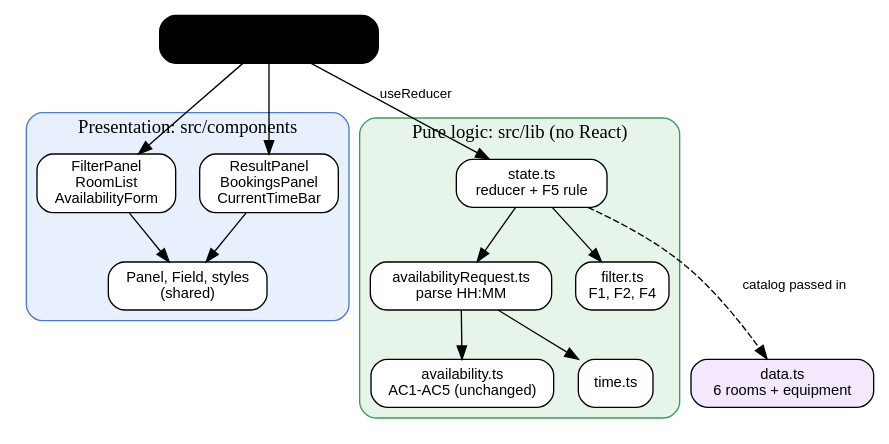
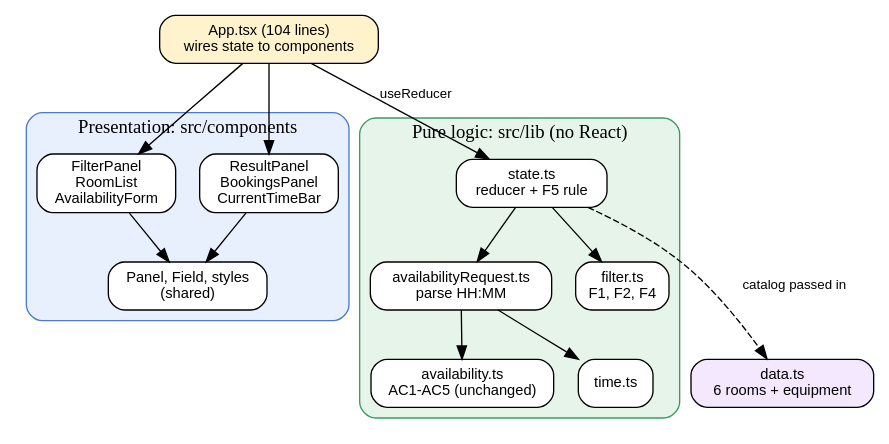
One commit to AbdrakhmanYeskendir/smart-campus-a5 changed the diagram in docs/after.dot. Above: the diagram before and after it, drawn with Graphviz. The commit also changed 1 other file, not shown here.

Commit message:
docs: fix diagram colors (after)

```diff
--- a/docs/after.dot
+++ b/docs/after.dot
@@ -1,11 +1,11 @@
 digraph G { rankdir=TB; node [shape=box, style="rounded,filled", fontname="Helvetica", fontsize=11]; edge [fontname="Helvetica", fontsize=10];
- app [label="App.tsx (104 lines)\nwires state to components", fillcolor="white3cd"];
+ app [label="App.tsx (104 lines)\nwires state to components", fillcolor="#fff3cd"];
  subgraph cluster_ui { label="Presentation: src/components"; style="rounded,filled"; fillcolor="#e8f0fe"; color="#4a7bd0";
   c1 [label="FilterPanel\nRoomList\nAvailabilityForm", fillcolor="white"]; c2 [label="ResultPanel\nBookingsPanel\nCurrentTimeBar", fillcolor="white"]; c3 [label="Panel, Field, styles\n(shared)", fillcolor="white"]; }
  subgraph cluster_logic { label="Pure logic: src/lib (no React)"; style="rounded,filled"; fillcolor="#e6f4ea"; color="#3c9a5f";
   st [label="state.ts\nreducer + F5 rule", fillcolor="white"];
   rq [label="availabilityRequest.ts\nparse HH:MM", fillcolor="white"];
   fl [label="filter.ts\nF1, F2, F4", fillcolor="white"];
   av [label="availability.ts\nAC1-AC5 (unchanged)", fillcolor="white"]; tm [label="time.ts", fillcolor="white"]; }
  dt [label="data.ts\n6 rooms + equipment", fillcolor="#f3e8fd"];
  app -> c1; app -> c2; c1 -> c3; c2 -> c3; app -> st [label="useReducer"]; st -> fl; st -> rq; rq -> av; rq -> tm; st -> dt [style=dashed, label="catalog passed in"]; fl -> dt [style=invis]; }
```
